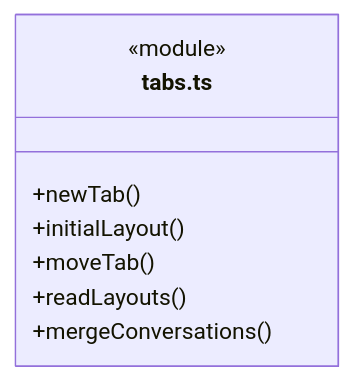
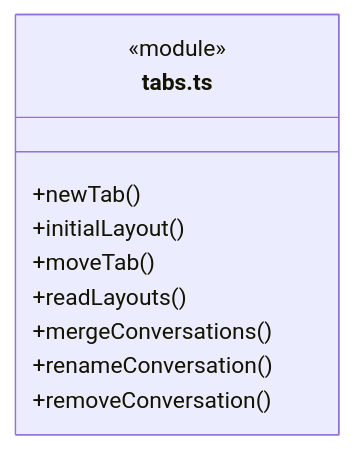
Before and after one commit to nan023062/cbim: the tenth of 19 diagrams in src/frontend/shell/ARCHITECTURE.md, drawn with Mermaid. The commit also changed other lines of this file and 23 other files, not shown here.

````diff
--- a/src/frontend/shell/ARCHITECTURE.md
+++ b/src/frontend/shell/ARCHITECTURE.md
@@ -161,11 +161,13 @@
 ```mermaid
 classDiagram
 class N_src_frontend_shell_tabs_ts["tabs.ts"] {
   <<module>>
   +newTab()
   +initialLayout()
   +moveTab()
   +readLayouts()
   +mergeConversations()
+  +renameConversation()
+  +removeConversation()
 }
 ```
````
